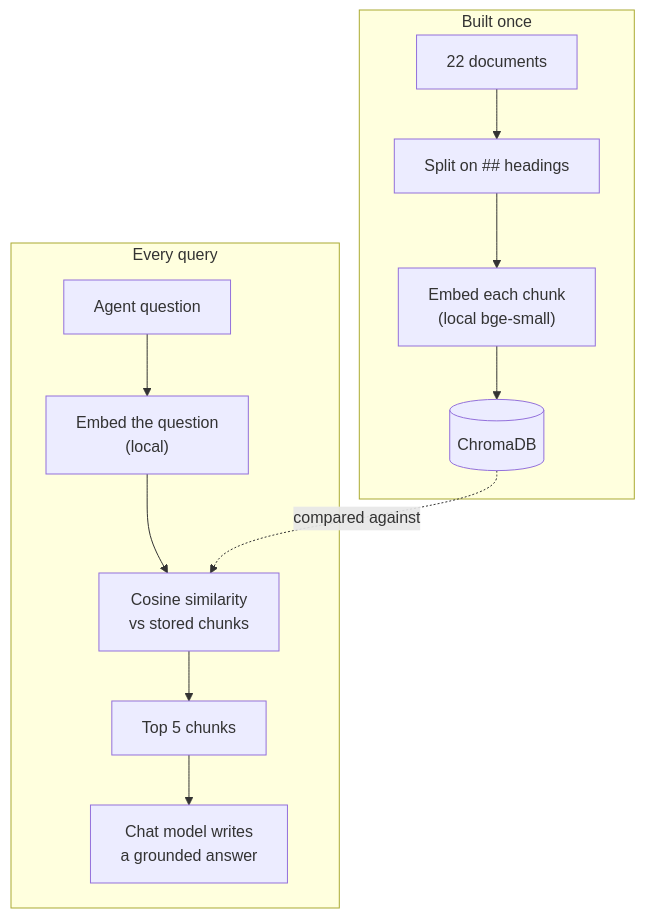
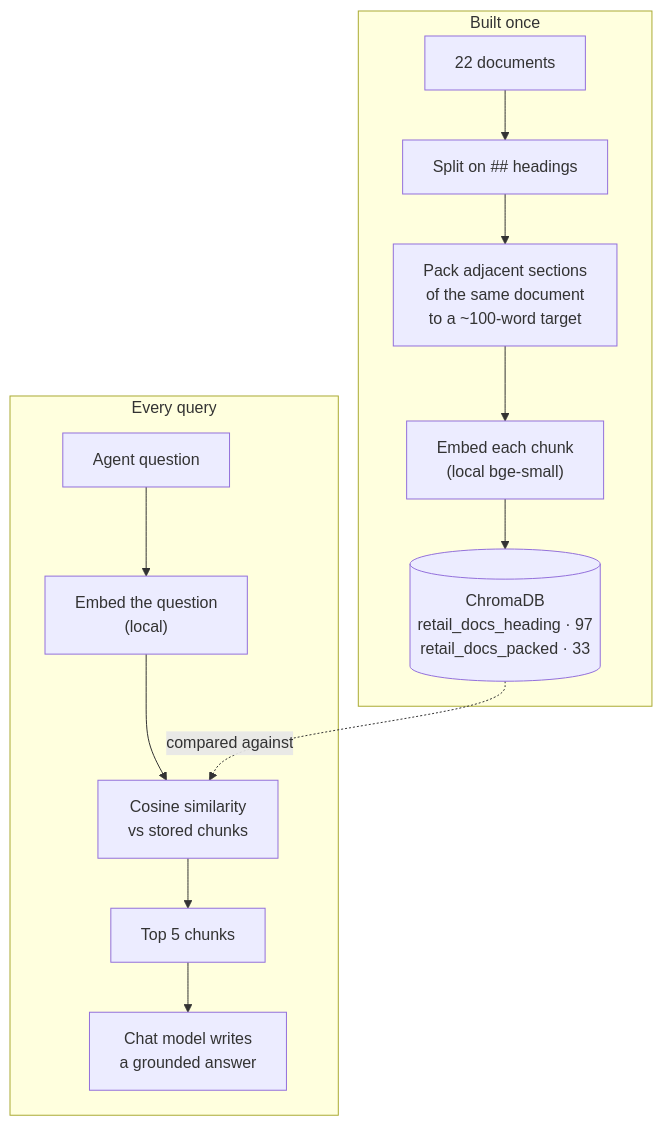
One commit to rishiupadhyaygithub/retail-mcp-chatbot changed the seventh of 7 diagrams in docs/design_document.md. Above: the diagram before and after it, drawn with Mermaid. The commit also changed other lines of this file and 11 other files, not shown here.

````diff
--- a/docs/design_document.md
+++ b/docs/design_document.md
@@ -338,10 +338,10 @@
 ```mermaid
 flowchart TD
   subgraph build["Built once"]
-    d["22 documents"] --> ch["Split on ## headings"] --> em1["Embed each chunk<br/>(local bge-small)"] --> db[("ChromaDB")]
+    d["22 documents"] --> ch["Split on ## headings"] --> pk["Pack adjacent sections<br/>of the same document<br/>to a ~100-word target"] --> em1["Embed each chunk<br/>(local bge-small)"] --> db[("ChromaDB<br/>retail_docs_heading · 97<br/>retail_docs_packed · 33")]
   end
   subgraph run["Every query"]
     q["Agent question"] --> em2["Embed the question<br/>(local)"] --> sim["Cosine similarity<br/>vs stored chunks"] --> top["Top 5 chunks"] --> llm["Chat model writes<br/>a grounded answer"]
   end
   db -. compared against .-> sim
 ```
````
